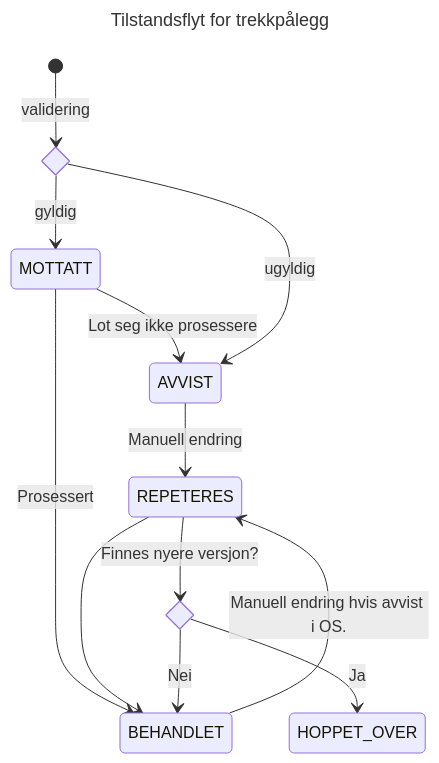
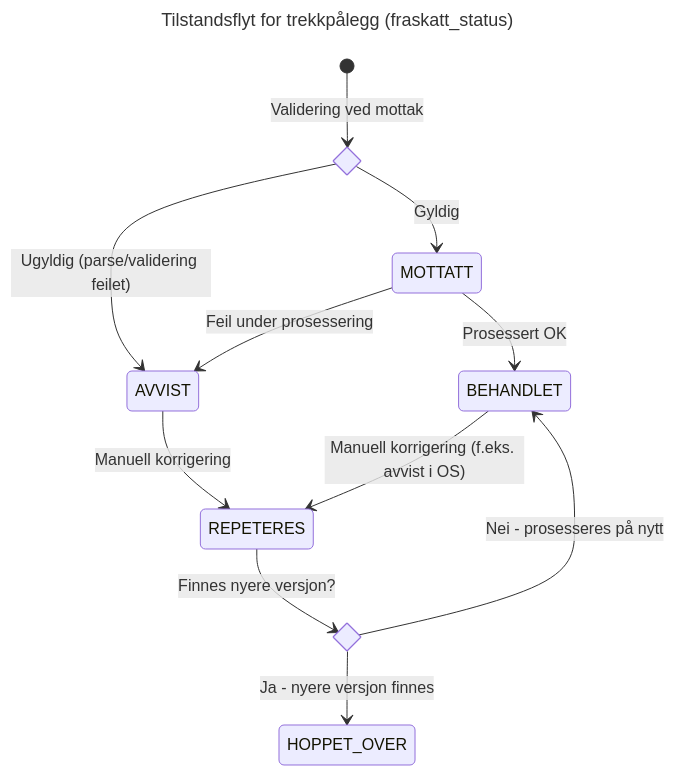
One commit to navikt/sokos-utleggstrekk changed the first of 10 diagrams in dokumentasjon/flytdiagram/README.md. Above: the diagram before and after it, drawn with Mermaid. The commit also changed other lines of this file and 14 other files, not shown here.

Commit message:
Lagt inn flytdiagrammer for diverse ting

````diff
--- a/dokumentasjon/flytdiagram/README.md
+++ b/dokumentasjon/flytdiagram/README.md
@@ -18,19 +7,19 @@
 ```mermaid
 ---
-title: Tilstandsflyt for trekkpålegg
+title: Tilstandsflyt for trekkpålegg (fraskatt_status)
 ---
 stateDiagram-v2
     state if_state <<choice>>
     state finnes_nyere <<choice>>
-    [*] --> if_state : validering
-    if_state --> MOTTATT : gyldig
-    MOTTATT --> AVVIST : Lot seg ikke prosessere
-    if_state --> AVVIST : ugyldig
-    MOTTATT --> BEHANDLET : Prosessert
-    AVVIST --> REPETERES : Manuell endring
-    BEHANDLET --> REPETERES : Manuell endring hvis avvist i OS.
-    REPETERES --> BEHANDLET
+
+    [*] --> if_state : Validering ved mottak
+    if_state --> MOTTATT : Gyldig
+    if_state --> AVVIST : Ugyldig (parse/validering feilet)
+    MOTTATT --> BEHANDLET : Prosessert OK
+    MOTTATT --> AVVIST : Feil under prosessering
+    AVVIST --> REPETERES : Manuell korrigering
+    BEHANDLET --> REPETERES : Manuell korrigering (f.eks. avvist i OS)
     REPETERES --> finnes_nyere : Finnes nyere versjon?
-    finnes_nyere --> HOPPET_OVER : Ja
-    finnes_nyere --> BEHANDLET : Nei
+    finnes_nyere --> HOPPET_OVER : Ja - nyere versjon finnes
+    finnes_nyere --> BEHANDLET : Nei - prosesseres på nytt
 ```
````
